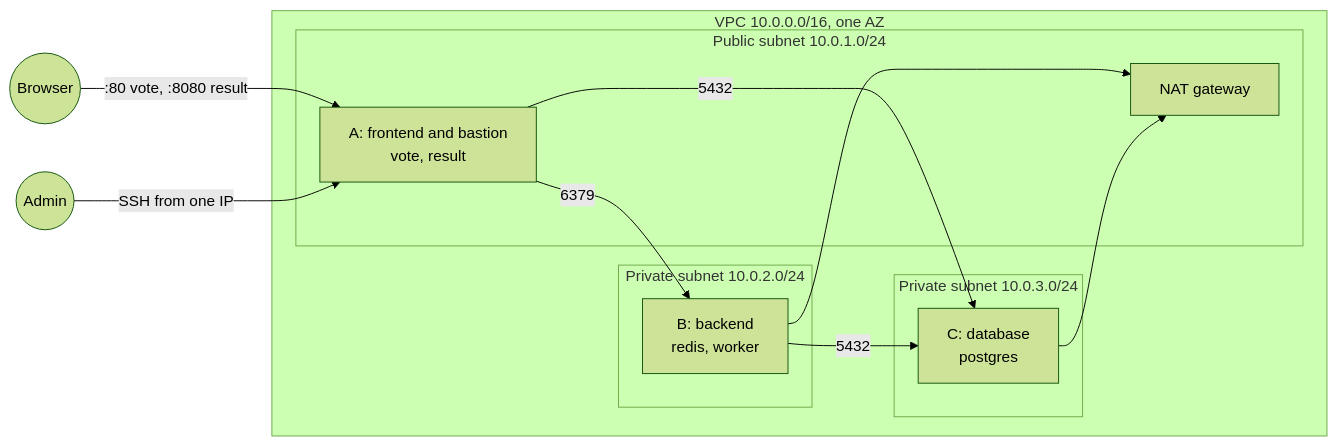
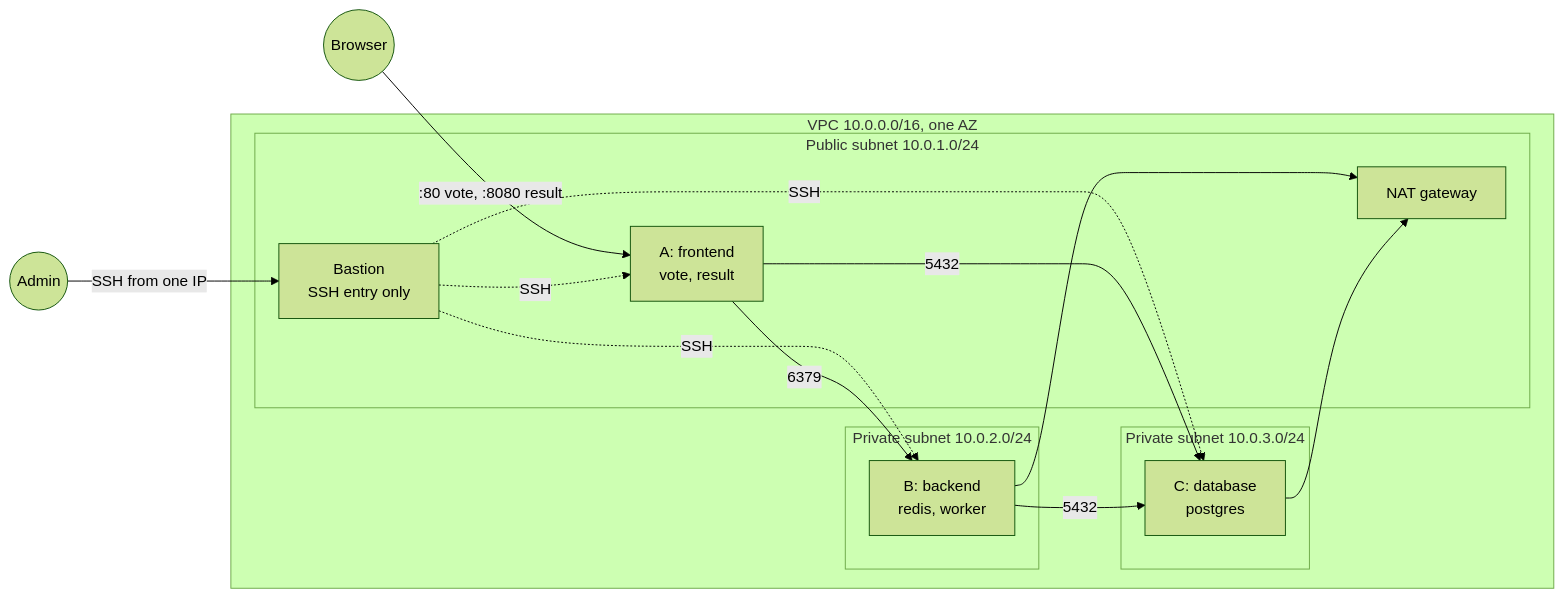
One commit to terbin-tech/ironhack-project-1 changed the diagram in README.md. Above: the diagram before and after it, drawn with Mermaid (forest theme). The commit also changed other lines of this file, not shown here.

First line of the commit message:
docs: describe the dedicated bastion

````diff
--- a/README.md
+++ b/README.md
@@ -7,22 +7,26 @@
 ```mermaid
 flowchart LR
   user((Browser)) -->|":80 vote, :8080 result"| A
-  admin((Admin)) -->|SSH from one IP| A
+  admin((Admin)) -->|SSH from one IP| BA
   subgraph VPC["VPC 10.0.0.0/16, one AZ"]
     subgraph pub["Public subnet 10.0.1.0/24"]
-      A["A: frontend and bastion<br/>vote, result"]
+      BA["Bastion<br/>SSH entry only"]
+      A["A: frontend<br/>vote, result"]
       NAT[NAT gateway]
     end
     subgraph be["Private subnet 10.0.2.0/24"]
       B["B: backend<br/>redis, worker"]
     end
     subgraph dbs["Private subnet 10.0.3.0/24"]
       C["C: database<br/>postgres"]
     end
   end
+  BA -.->|SSH| A
+  BA -.->|SSH| B
+  BA -.->|SSH| C
   A -->|"6379"| B
   B -->|"5432"| C
   A -->|"5432"| C
   B --> NAT
   C --> NAT
 ```
````
